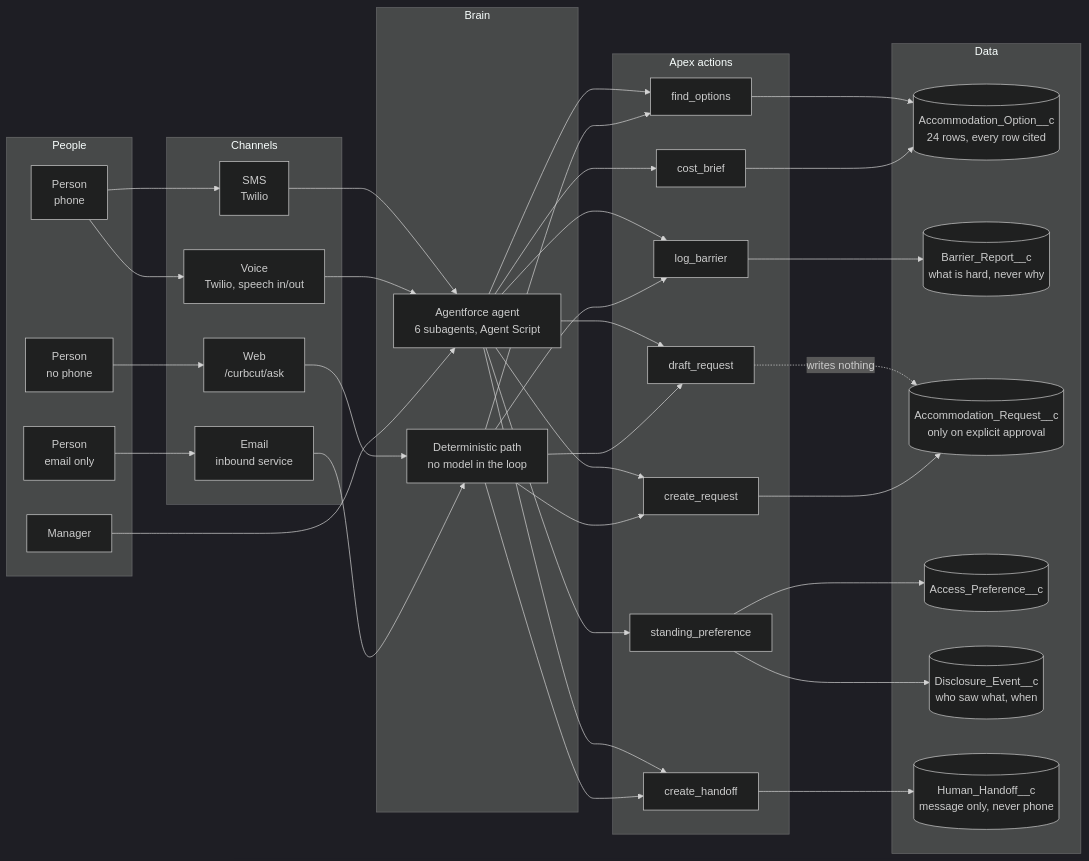
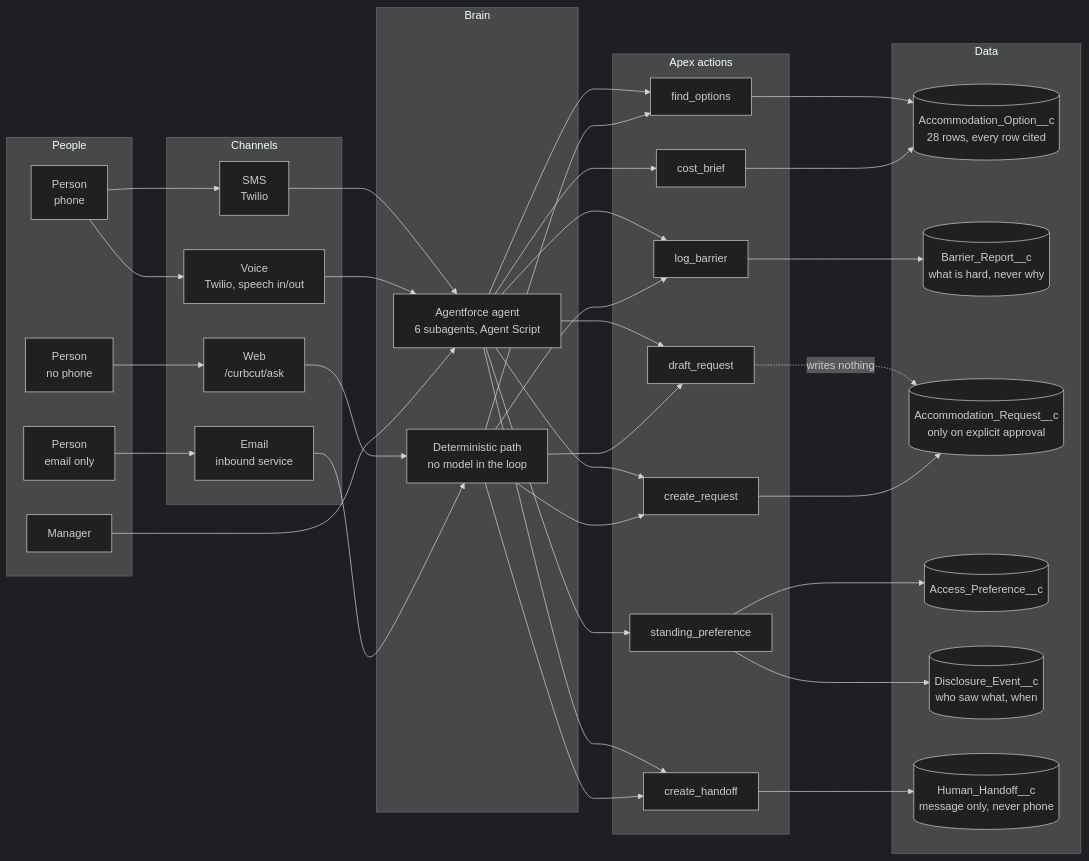
One commit to parthsevak2/curb-cut changed the first of 3 diagrams in docs/ARCHITECTURE.md. Above: the diagram before and after it, drawn with Mermaid (dark theme). The commit also changed 3 other files, not shown here.

````diff
--- a/docs/ARCHITECTURE.md
+++ b/docs/ARCHITECTURE.md
@@ -5,57 +5,57 @@
 ```mermaid
 flowchart LR
   subgraph People
     P1["Person<br/>phone"]
     P2["Person<br/>no phone"]
     P3["Person<br/>email only"]
     M["Manager"]
   end
 
   subgraph Channels
     SMS["SMS<br/>Twilio"]
     VOICE["Voice<br/>Twilio, speech in/out"]
     WEB["Web<br/>/curbcut/ask"]
     EMAIL["Email<br/>inbound service"]
   end
 
   subgraph Brain
     AGENT["Agentforce agent<br/>6 subagents, Agent Script"]
     DET["Deterministic path<br/>no model in the loop"]
   end
 
   subgraph Actions["Apex actions"]
     A1["find_options"]
     A2["log_barrier"]
     A3["draft_request"]
     A4["create_request"]
     A5["create_handoff"]
     A6["standing_preference"]
     A7["cost_brief"]
   end
 
   subgraph Data
-    LIB[("Accommodation_Option__c<br/>24 rows, every row cited")]
+    LIB[("Accommodation_Option__c<br/>28 rows, every row cited")]
     BR[("Barrier_Report__c<br/>what is hard, never why")]
     AR[("Accommodation_Request__c<br/>only on explicit approval")]
     PREF[("Access_Preference__c")]
     DISC[("Disclosure_Event__c<br/>who saw what, when")]
     HH[("Human_Handoff__c<br/>message only, never phone")]
   end
 
   P1 --> SMS --> AGENT
   P1 --> VOICE --> AGENT
   P2 --> WEB --> DET
   P3 --> EMAIL --> DET
   M --> AGENT
 
   AGENT --> A1 & A2 & A3 & A4 & A5 & A6 & A7
   DET --> A1 & A2 & A3 & A4 & A5
 
   A1 --> LIB
   A2 --> BR
   A3 -.->|writes nothing| AR
   A4 --> AR
   A5 --> HH
   A6 --> PREF & DISC
   A7 --> LIB
 ```
````
